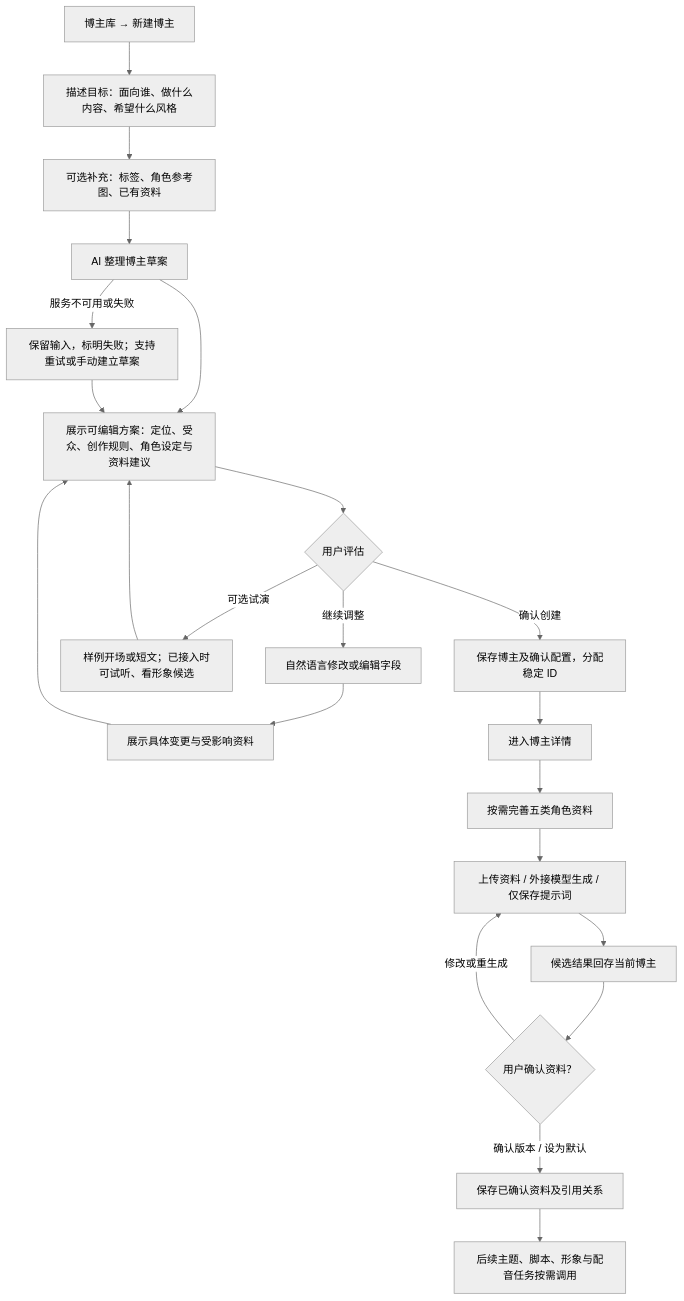
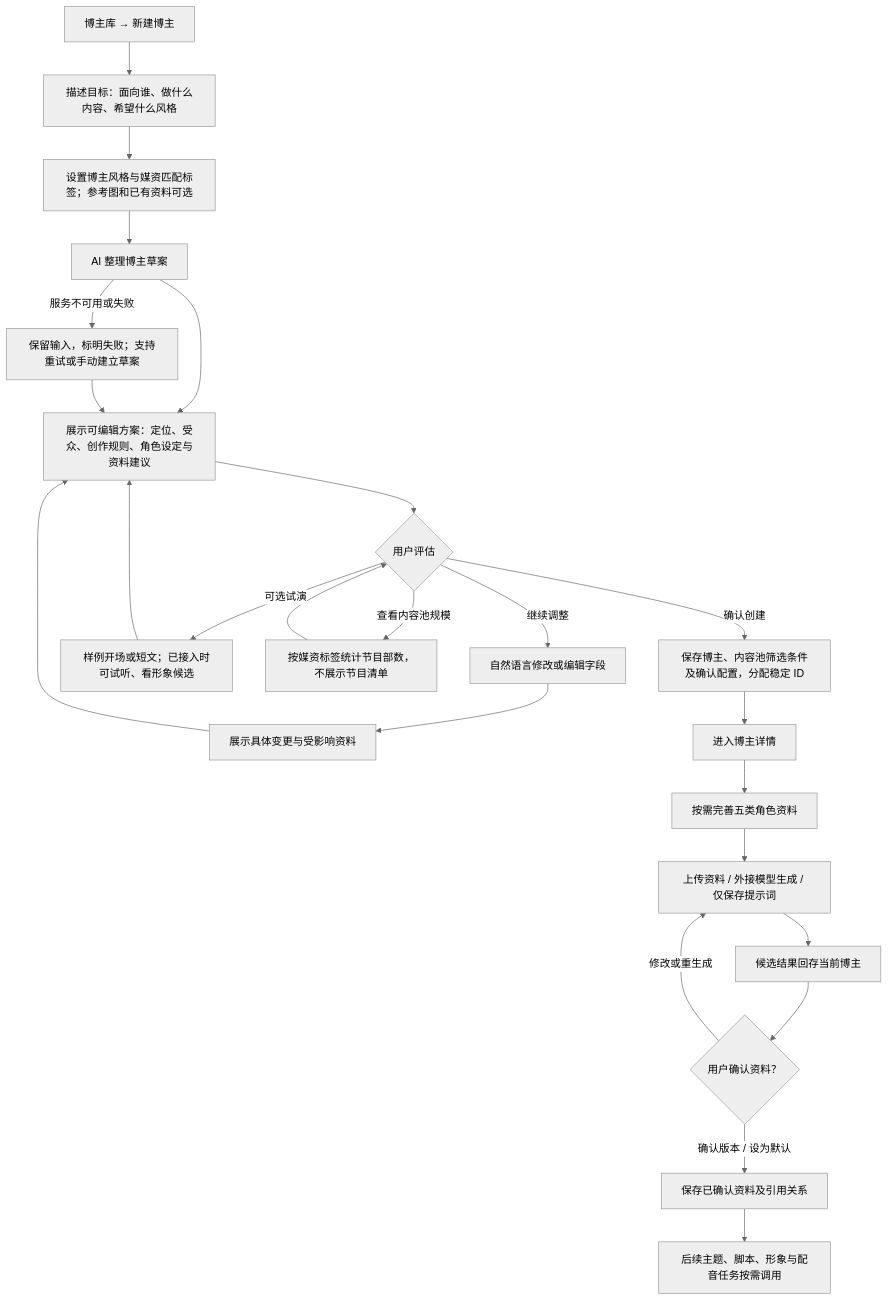
One commit to younuoqiqi1/shuzhi-mcn-admin changed the second of 3 diagrams in docs/strategy/2026-10-20-ai-native-creator-library.md. Above: the diagram before and after it, drawn with Mermaid (neutral theme). The commit also changed other lines of this file, not shown here.

````diff
--- a/docs/strategy/2026-10-20-ai-native-creator-library.md
+++ b/docs/strategy/2026-10-20-ai-native-creator-library.md
@@ -59,25 +60,27 @@
 ```mermaid
 flowchart TD
     A["博主库 → 新建博主"] --> B["描述目标：面向谁、做什么内容、希望什么风格"]
-    B --> C["可选补充：标签、角色参考图、已有资料"]
+    B --> C["设置博主风格与媒资匹配标签；参考图和已有资料可选"]
     C --> D["AI 整理博主草案"]
     D --> E["展示可编辑方案：定位、受众、创作规则、角色设定与资料建议"]
     E --> F{"用户评估"}
     F -->|"继续调整"| G["自然语言修改或编辑字段"]
     G --> H["展示具体变更与受影响资料"]
     H --> E
     F -->|"可选试演"| I["样例开场或短文；已接入时可试听、看形象候选"]
     I --> E
-    F -->|"确认创建"| J["保存博主及确认配置，分配稳定 ID"]
+    F -->|"查看内容池规模"| W["按媒资标签统计节目部数，不展示节目清单"]
+    W --> F
+    F -->|"确认创建"| J["保存博主、内容池筛选条件及确认配置，分配稳定 ID"]
     J --> K["进入博主详情"]
     K --> L["按需完善五类角色资料"]
     L --> M["上传资料 / 外接模型生成 / 仅保存提示词"]
     M --> O["候选结果回存当前博主"]
     O --> P{"用户确认资料？"}
     P -->|"修改或重生成"| M
     P -->|"确认版本 / 设为默认"| Q["保存已确认资料及引用关系"]
     Q --> R["后续主题、脚本、形象与配音任务按需调用"]
 
     D -->|"服务不可用或失败"| X["保留输入，标明失败；支持重试或手动建立草案"]
     X --> E
 ```
````
